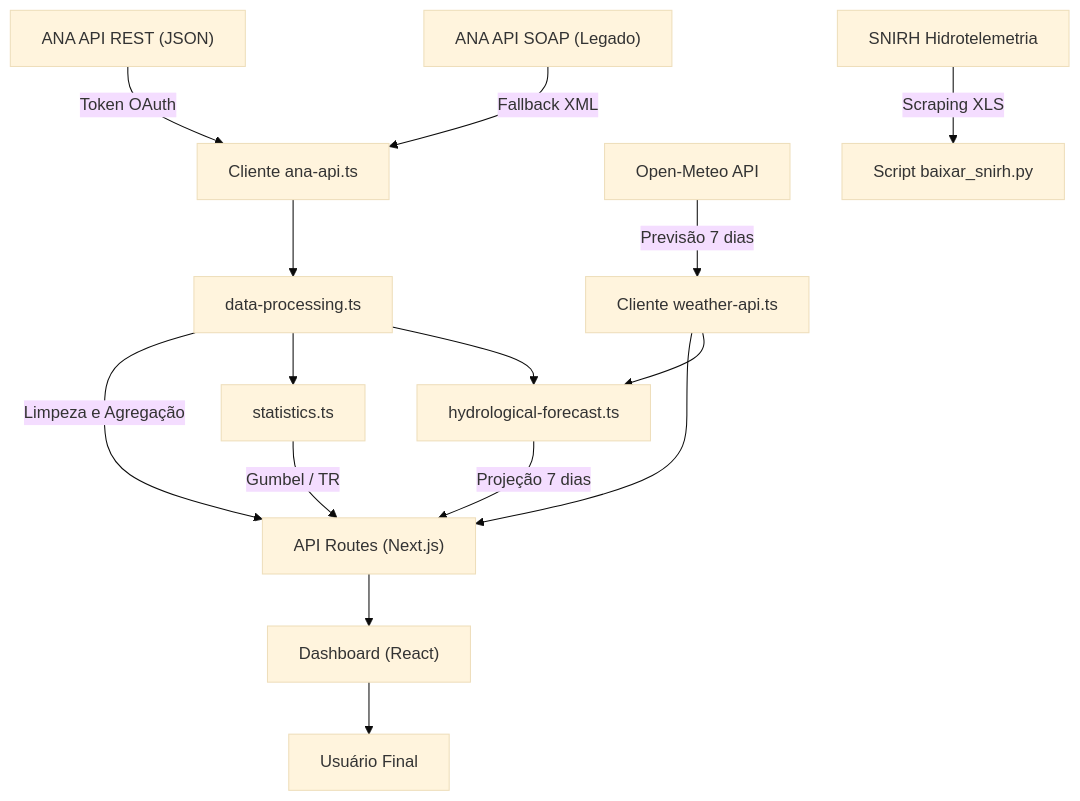
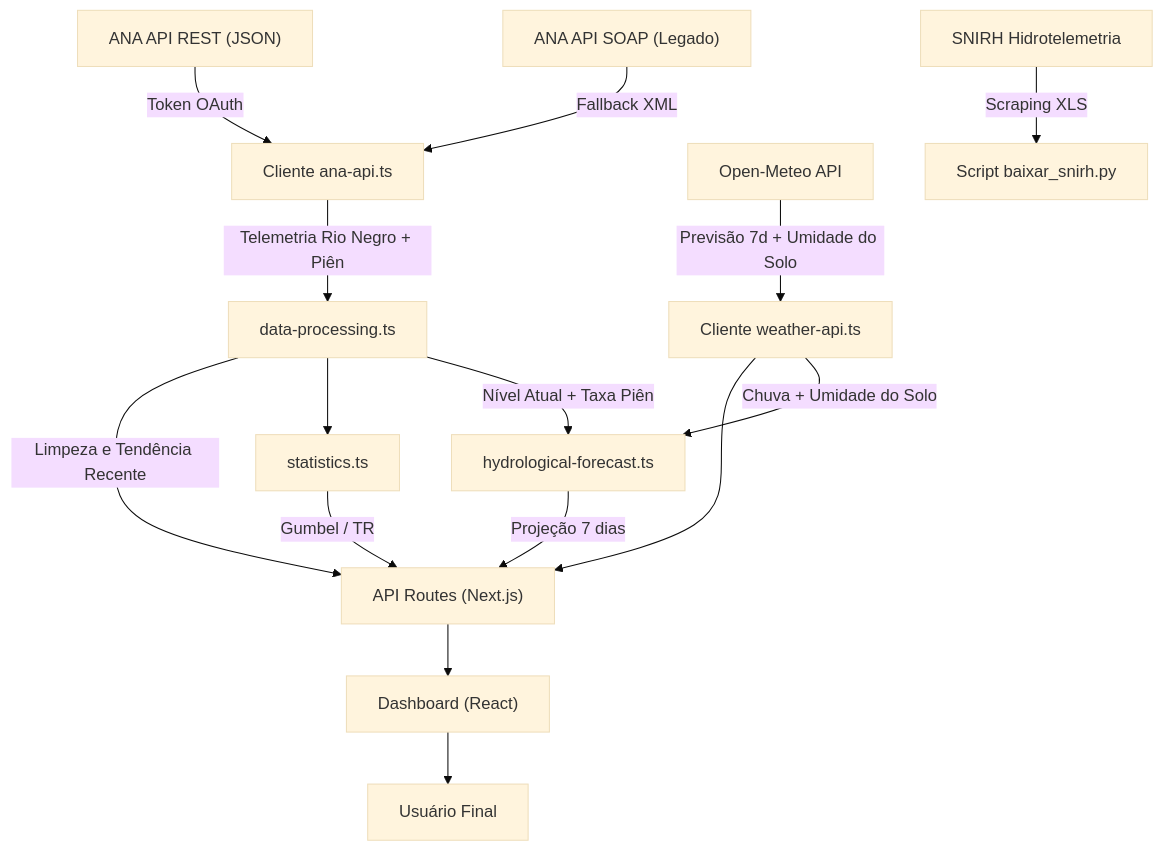
The diagram in DOCUMENTACAO_TECNICA.md (ramirobs/rionegronivel), drawn with Mermaid (base theme) before and after one commit. The commit also changed other lines of this file, not shown here.

Commit message:
docs: atualiza documentação técnica com estação de Piên, umidade do solo e parâmetros do motor hidrológico

````diff
--- a/DOCUMENTACAO_TECNICA.md
+++ b/DOCUMENTACAO_TECNICA.md
@@ -40,18 +39,18 @@
 ```mermaid
 graph TD
     A["ANA API REST (JSON)"] -->|"Token OAuth"| B["Cliente ana-api.ts"]
     C["ANA API SOAP (Legado)"] -->|"Fallback XML"| B
-    D["Open-Meteo API"] -->|"Previsão 7 dias"| E["Cliente weather-api.ts"]
+    D["Open-Meteo API"] -->|"Previsão 7d + Umidade do Solo"| E["Cliente weather-api.ts"]
     F["SNIRH Hidrotelemetria"] -->|"Scraping XLS"| G["Script baixar_snirh.py"]
 
-    B --> H["data-processing.ts"]
-    H -->|"Limpeza e Agregação"| I["API Routes (Next.js)"]
+    B -->|"Telemetria Rio Negro + Piên"| H["data-processing.ts"]
+    H -->|"Limpeza e Tendência Recente"| I["API Routes (Next.js)"]
     E --> I
     H --> J["statistics.ts"]
     J -->|"Gumbel / TR"| I
-    H --> K["hydrological-forecast.ts"]
-    E --> K
+    H -->|"Nível Atual + Taxa Piên"| K["hydrological-forecast.ts"]
+    E -->|"Chuva + Umidade do Solo"| K
     K -->|"Projeção 7 dias"| I
     I --> L["Dashboard (React)"]
     L --> M["Usuário Final"]
 ```
````
